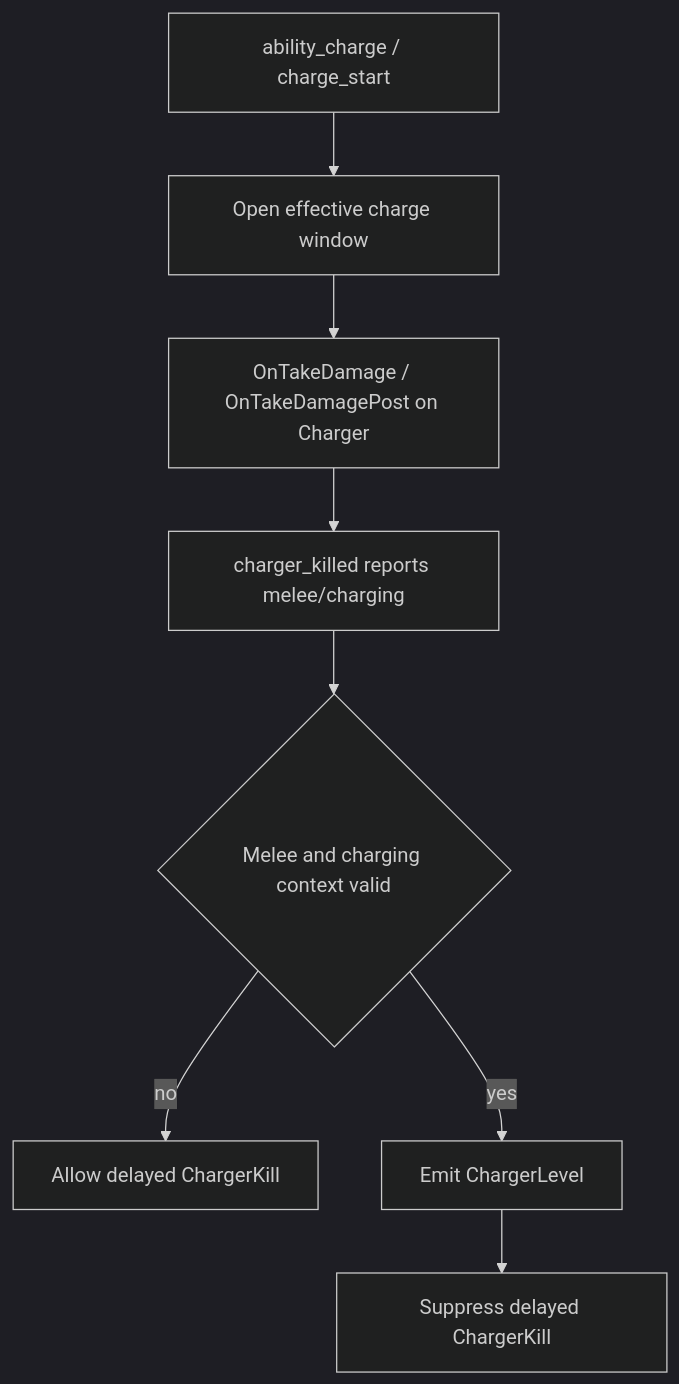
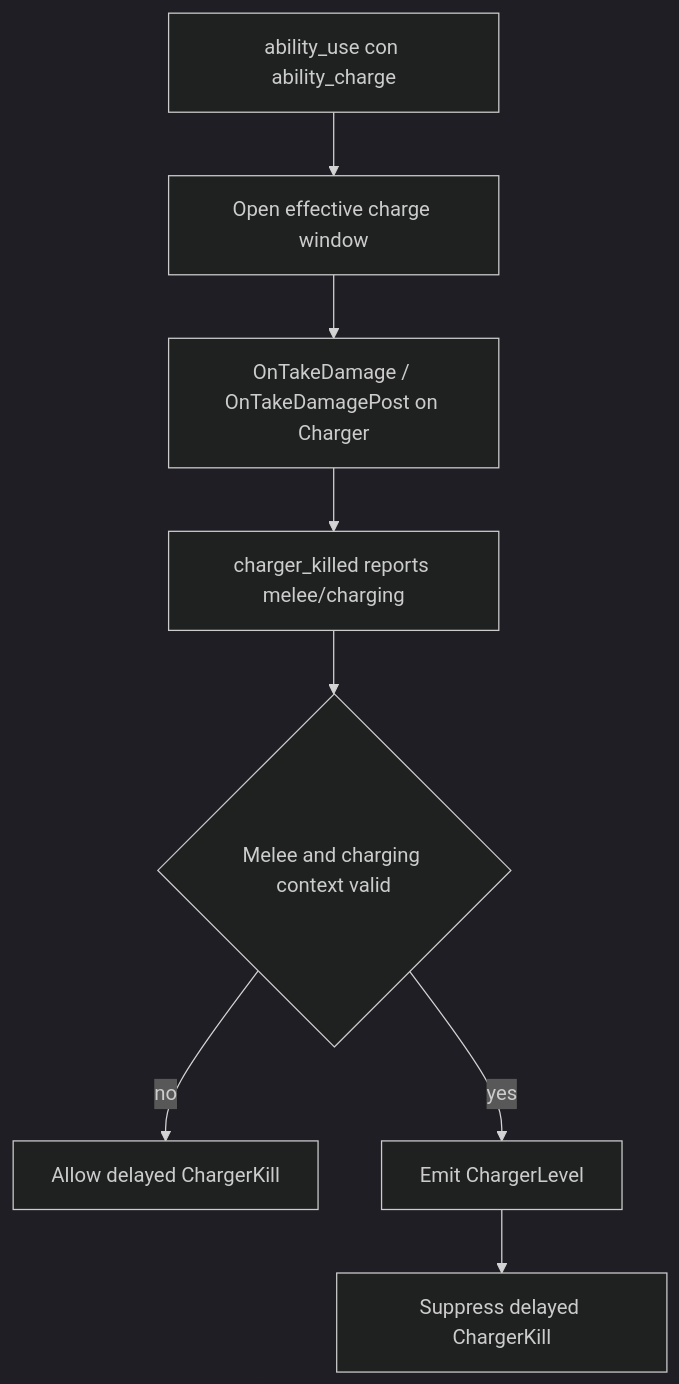
Before and after one commit to AoC-Gamers/L4D2-Player-Skills: the first of 4 diagrams in docs/l4d2-skills-flow-charger.md, drawn with Mermaid (dark theme). The commit also changed other lines of this file and 7 other files, not shown here.

````diff
--- a/docs/l4d2-skills-flow-charger.md
+++ b/docs/l4d2-skills-flow-charger.md
@@ -75,10 +76,10 @@
 ```mermaid
 flowchart TD
-    A[ability_charge / charge_start] --> B[Open effective charge window]
+    A[ability_use con ability_charge] --> B[Open effective charge window]
     B --> C[OnTakeDamage / OnTakeDamagePost on Charger]
     C --> D[charger_killed reports melee/charging]
     D --> E{Melee and charging context valid}
     E -->|no| F[Allow delayed ChargerKill]
     E -->|yes| G[Emit ChargerLevel]
     G --> H[Suppress delayed ChargerKill]
 ```
````
